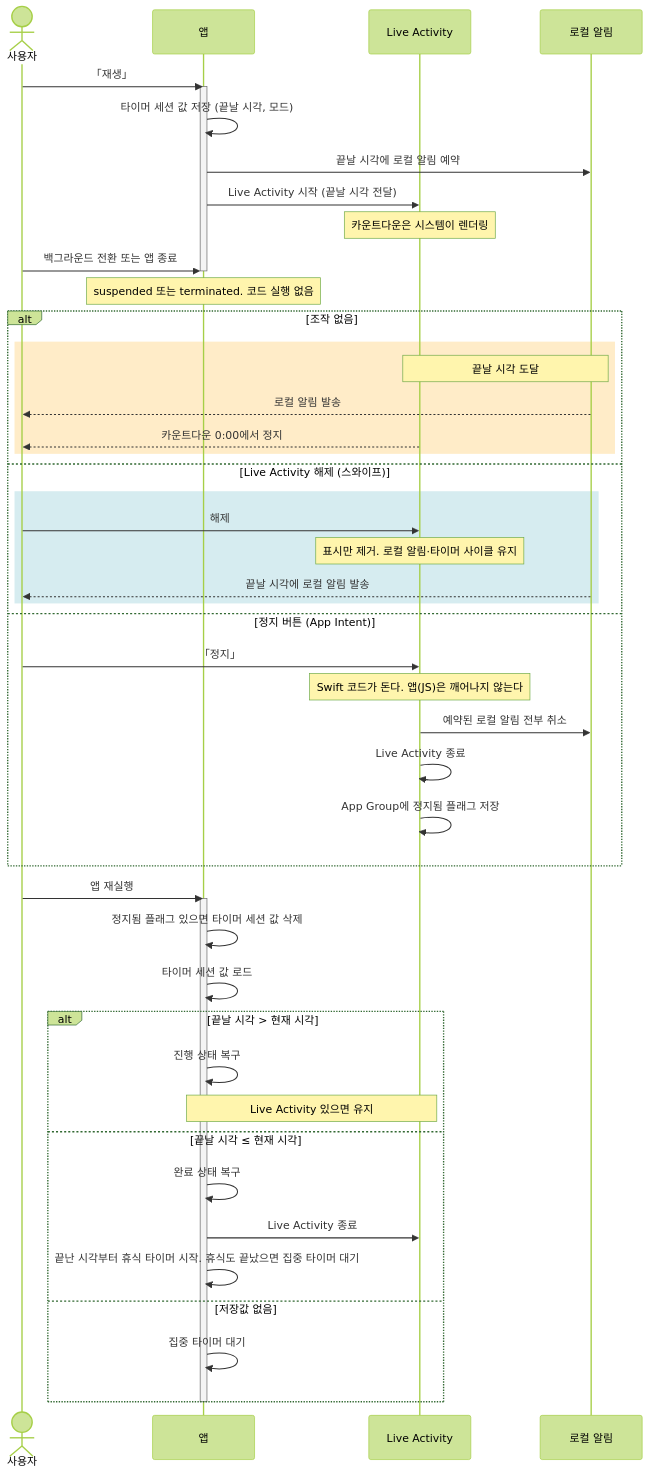
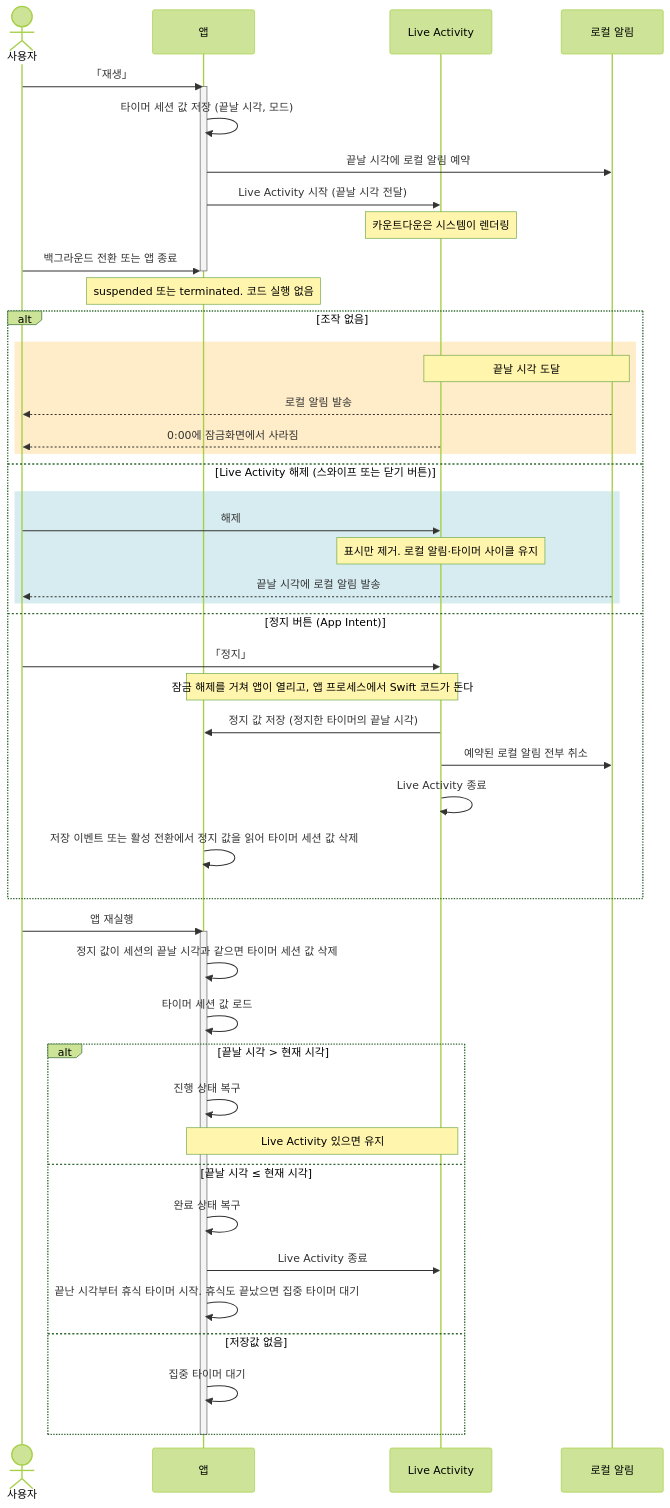
The diagram in SPEC.md (Bori-github/tadaktadak), drawn with Mermaid (forest theme) before and after one commit. The commit also changed other lines of this file and 22 other files, not shown here.

First line of the commit message:
feat: 잠금화면 Live Activity 정지·닫기 버튼과 끝날 시각 자동 제거

````diff
--- a/SPEC.md
+++ b/SPEC.md
@@ -16,54 +16,55 @@
 ```mermaid
 sequenceDiagram
     actor U as 사용자
     participant A as 앱
     participant L as Live Activity
     participant N as 로컬 알림
 
     U->>A: 「재생」
     activate A
     A->>A: 타이머 세션 값 저장 (끝날 시각, 모드)
     A->>N: 끝날 시각에 로컬 알림 예약
     A->>L: Live Activity 시작 (끝날 시각 전달)
     Note over L: 카운트다운은 시스템이 렌더링
 
     U->>A: 백그라운드 전환 또는 앱 종료
     deactivate A
     Note over A: suspended 또는 terminated. 코드 실행 없음
 
     alt 조작 없음
         rect rgb(255, 236, 200)
             Note over L,N: 끝날 시각 도달
             N-->>U: 로컬 알림 발송
-            L-->>U: 카운트다운 0:00에서 정지
+            L-->>U: 0:00에 잠금화면에서 사라짐
         end
-    else Live Activity 해제 (스와이프)
+    else Live Activity 해제 (스와이프 또는 닫기 버튼)
         rect rgb(214, 236, 240)
             U->>L: 해제
             Note over L: 표시만 제거. 로컬 알림·타이머 사이클 유지
             N-->>U: 끝날 시각에 로컬 알림 발송
         end
     else 정지 버튼 (App Intent)
         U->>L: 「정지」
-        Note over L: Swift 코드가 돈다. 앱(JS)은 깨어나지 않는다
+        Note over A,L: 잠금 해제를 거쳐 앱이 열리고, 앱 프로세스에서 Swift 코드가 돈다
+        L->>A: 정지 값 저장 (정지한 타이머의 끝날 시각)
         L->>N: 예약된 로컬 알림 전부 취소
         L->>L: Live Activity 종료
-        L->>L: App Group에 정지됨 플래그 저장
+        A->>A: 저장 이벤트 또는 활성 전환에서 정지 값을 읽어 타이머 세션 값 삭제
     end
 
     U->>A: 앱 재실행
     activate A
-    A->>A: 정지됨 플래그 있으면 타이머 세션 값 삭제
+    A->>A: 정지 값이 세션의 끝날 시각과 같으면 타이머 세션 값 삭제
     A->>A: 타이머 세션 값 로드
     alt 끝날 시각 > 현재 시각
         A->>A: 진행 상태 복구
         Note over A,L: Live Activity 있으면 유지
     else 끝날 시각 ≤ 현재 시각
         A->>A: 완료 상태 복구
         A->>L: Live Activity 종료
         A->>A: 끝난 시각부터 휴식 타이머 시작. 휴식도 끝났으면 집중 타이머 대기
     else 저장값 없음
         A->>A: 집중 타이머 대기
     end
     deactivate A
 ```
````
